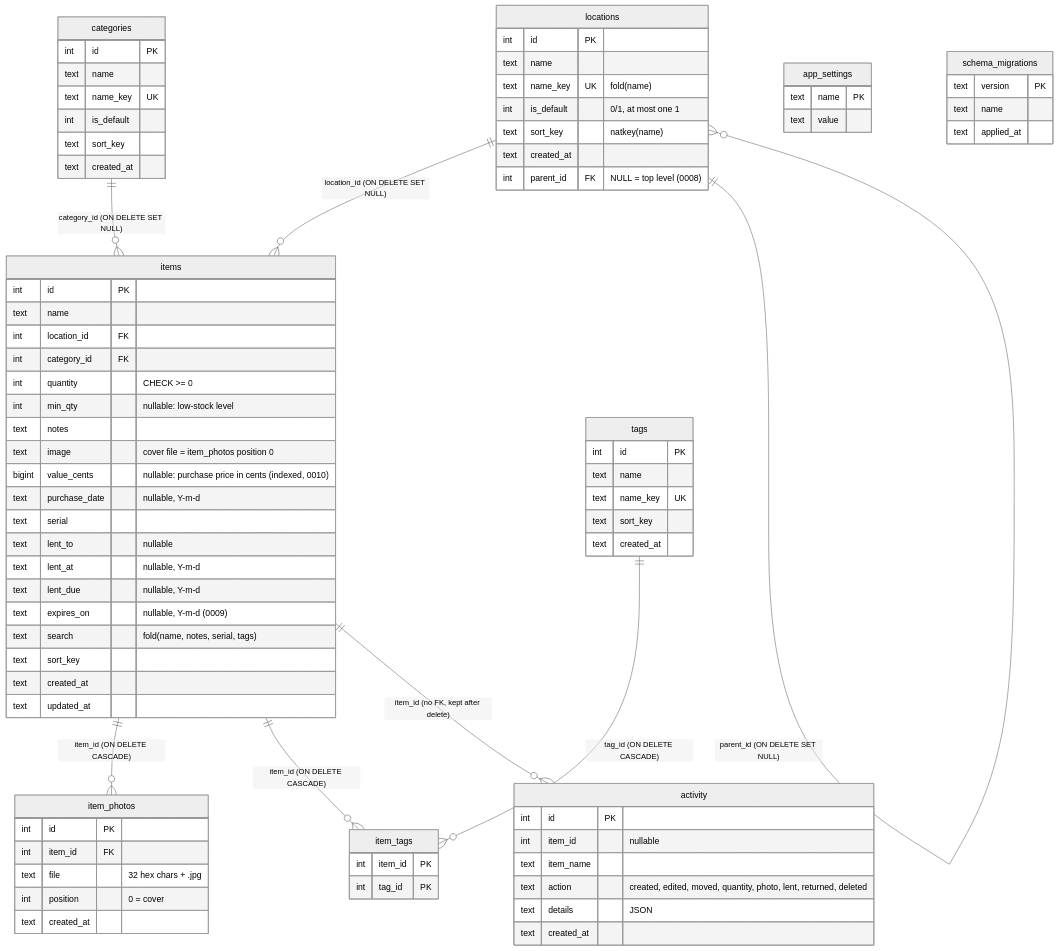
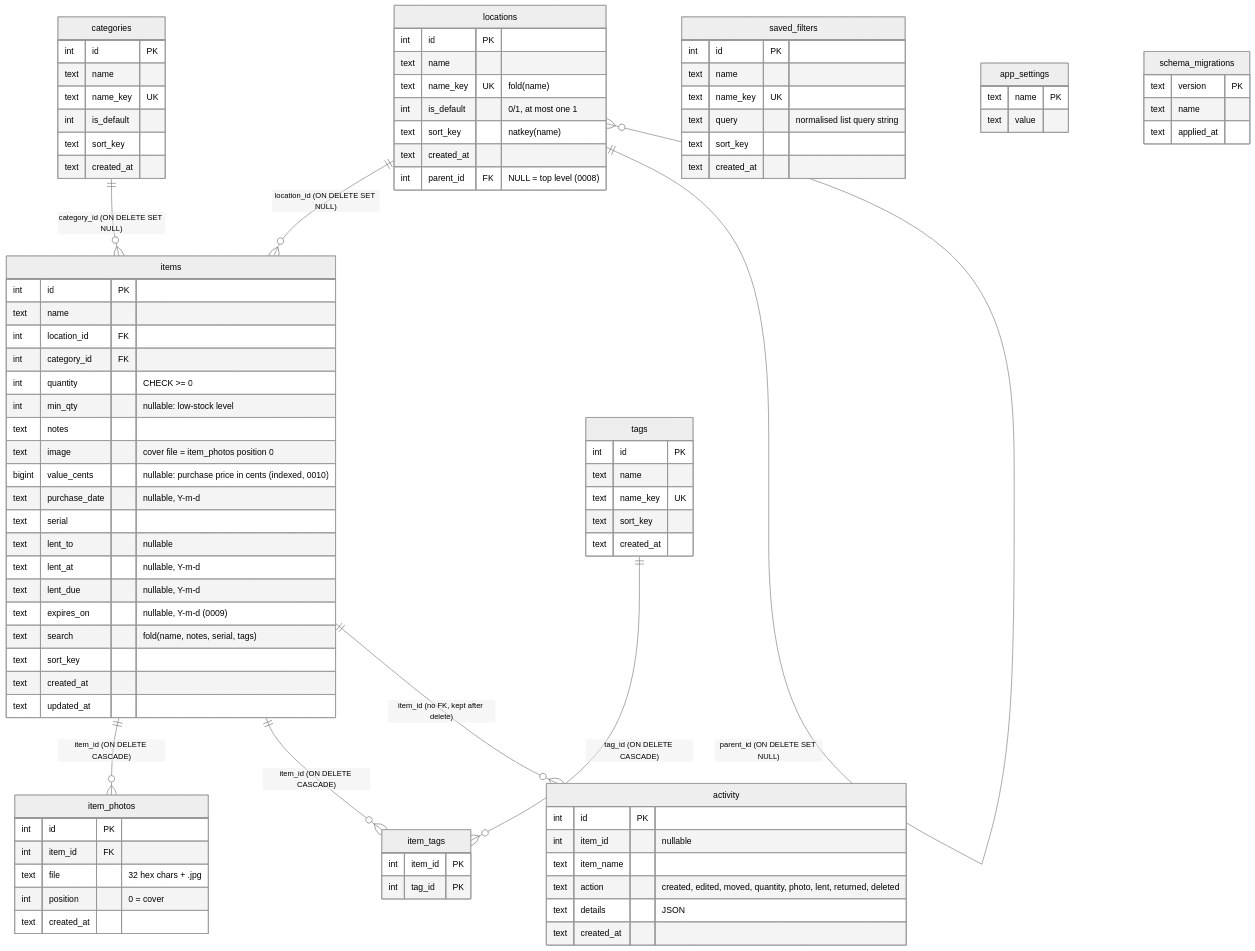
The first of 2 diagrams in docs/database.md (thordin9/apotheke), drawn with Mermaid (neutral theme) before and after one commit. The commit also changed other lines of this file and 15 other files, not shown here.

First line of the commit message:
feat(filters): save named filter combinations as chips on the list

```diff
--- a/docs/database.md
+++ b/docs/database.md
@@ -71,6 +71,14 @@
     int item_id PK
     int tag_id PK
   }
+  saved_filters {
+    int id PK
+    text name
+    text name_key UK
+    text query "normalised list query string"
+    text sort_key
+    text created_at
+  }
   activity {
     int id PK
     int item_id "nullable"
```
